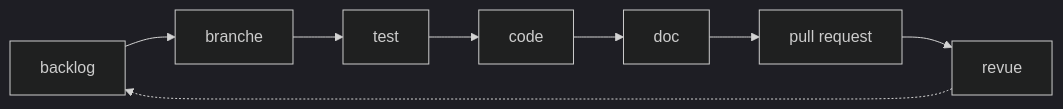
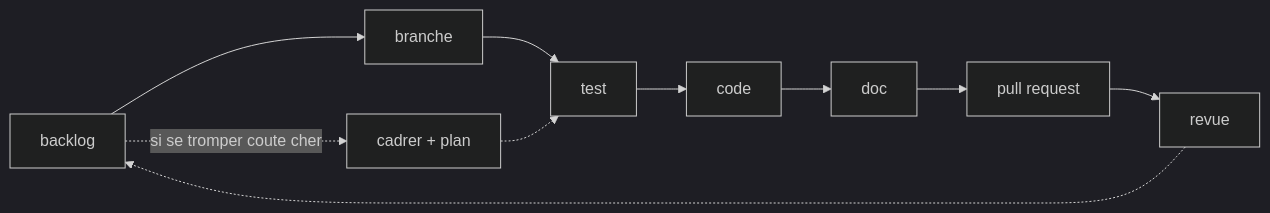
One commit to MasterLaplace/LplCraftSkills changed the diagram in skills/cycle-de-dev/SKILL.md. Above: the diagram before and after it, drawn with Mermaid (dark theme). The commit also changed other lines of this file and 5 other files, not shown here.

````diff
--- a/skills/cycle-de-dev/SKILL.md
+++ b/skills/cycle-de-dev/SKILL.md
@@ -19,5 +21,7 @@
 ```mermaid
 flowchart LR
   BL[backlog] --> BR[branche] --> TE[test] --> CO[code] --> DO[doc] --> PR[pull request] --> RE[revue]
   RE -.-> BL
+  BL -.->|"si se tromper coute cher"| CA["cadrer + plan"]
+  CA -.-> TE
 ```
````
